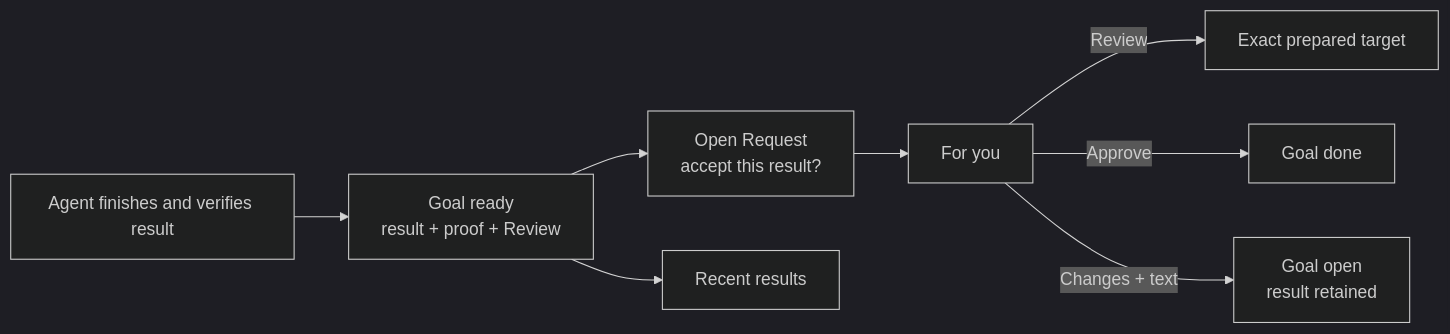
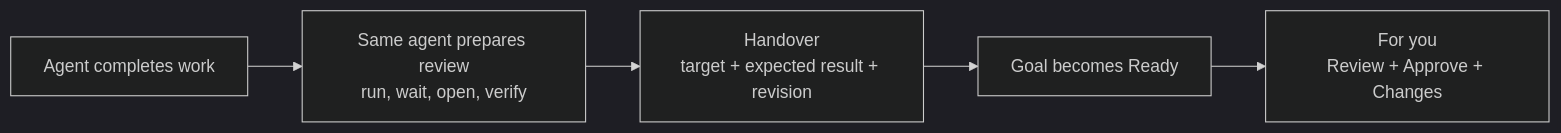
Before and after one commit to jkasimotto/tangent: the diagram in docs/design/prepared-review-requests/design.md, drawn with Mermaid (dark theme). The commit also changed other lines of this file and 1 other file, not shown here.

Commit message:
docs: put review setup in worker turn

````diff
--- a/docs/design/prepared-review-requests/design.md
+++ b/docs/design/prepared-review-requests/design.md
@@ -28,10 +32,7 @@
 ```mermaid
 flowchart LR
-    Work[Agent finishes and verifies result] --> Ready[Goal ready<br/>result + proof + Review]
-    Ready --> Request[Open Request<br/>accept this result?]
-    Request --> ForYou[For you]
-    ForYou -->|Review| Output[Exact prepared target]
-    ForYou -->|Approve| Done[Goal done]
-    ForYou -->|Changes + text| Returned[Goal open<br/>result retained]
-    Ready --> Recent[Recent results]
+    Work[Agent completes work] --> Prepare[Same agent prepares review<br/>run, wait, open, verify]
+    Prepare --> Handover[Handover<br/>target + expected result + revision]
+    Handover --> Ready[Goal becomes Ready]
+    Ready --> Ask[For you<br/>Review + Approve + Changes]
 ```
````
